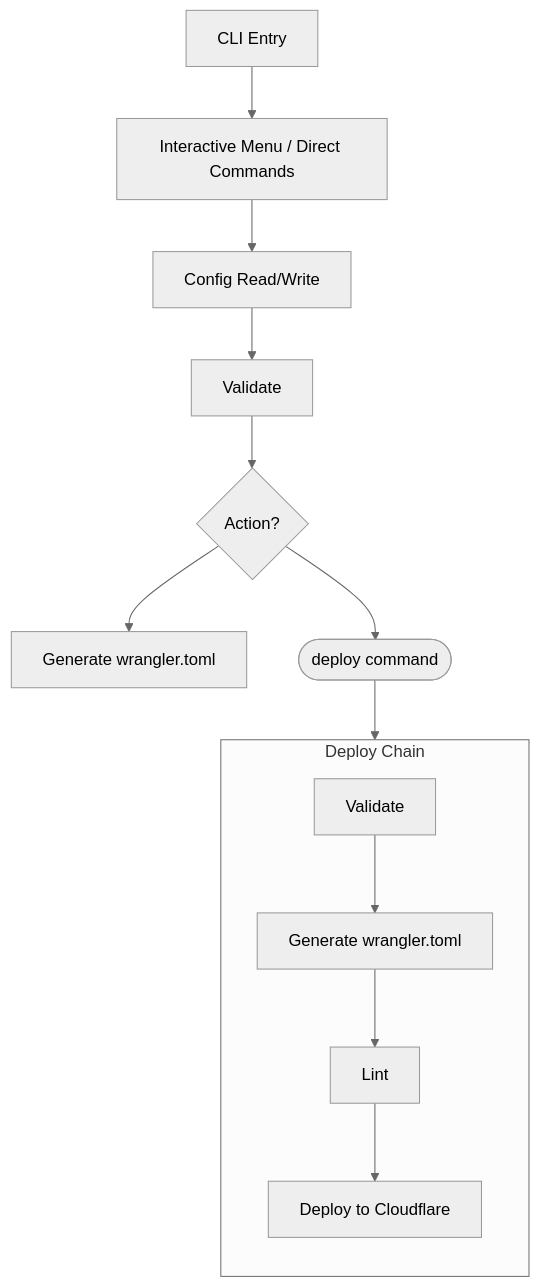
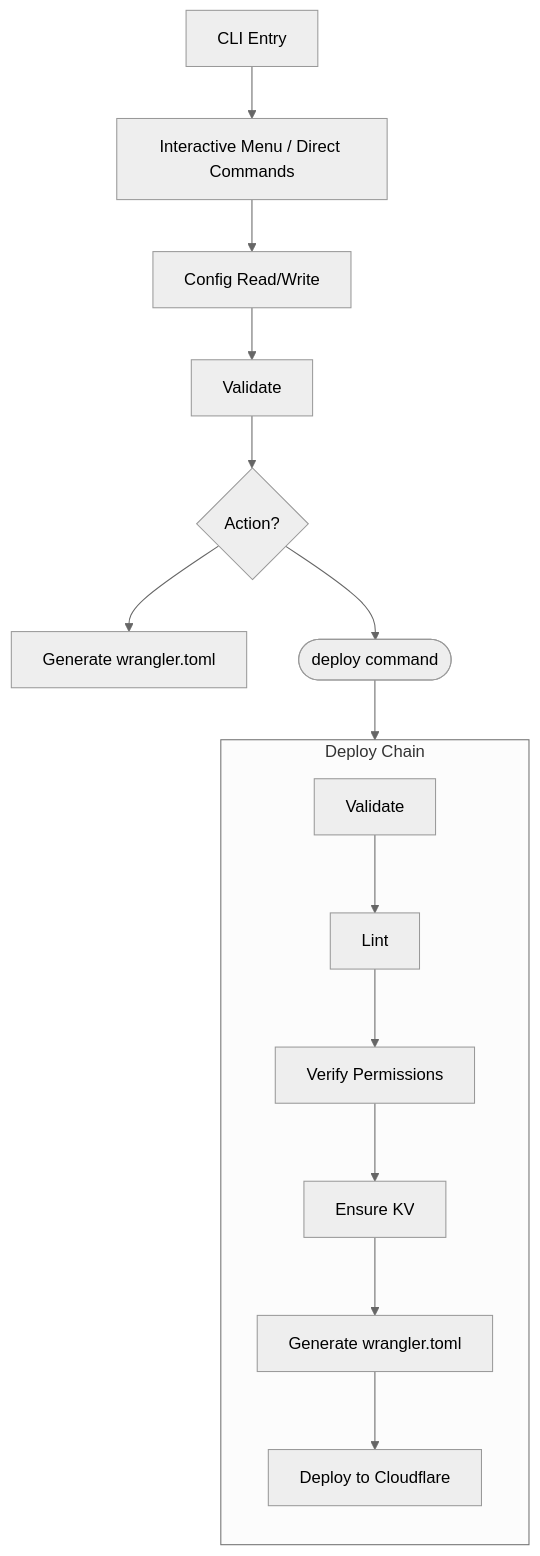
The third of 3 diagrams in apps/docs/docs/reference/architecture.mdx (cbnventures/ntfy-reverse-proxy), drawn with Mermaid (neutral theme) before and after one commit. The commit also changed other lines of this file and 209 other files, not shown here.

Commit message:
Nova 0.24.0 upgrade, error_events context setting, deploy lint and Seerr/Statuspage null-field fixes, Cloudflare dependency updates, and dev server cache cleanup

````diff
--- a/apps/docs/docs/reference/architecture.mdx
+++ b/apps/docs/docs/reference/architecture.mdx
@@ -143,19 +147,21 @@
 ```mermaid
 graph TD
     CLI[CLI Entry] --> Menu[Interactive Menu / Direct Commands]
     Menu --> ConfigIO[Config Read/Write]
     ConfigIO --> Validate
 
     Validate --> Action{Action?}
     Action --> Generate[Generate wrangler.toml]
     Action --> DeployCmd(["deploy command"]):::muted
 
     subgraph Deploy [Deploy Chain]
         direction TB
-        DValidate[Validate] --> DGenerate[Generate wrangler.toml]
-        DGenerate --> DLint[Lint]
-        DLint --> DDeploy[Deploy to Cloudflare]
+        DValidate[Validate] --> DLint[Lint]
+        DLint --> DVerify[Verify Permissions]
+        DVerify --> DKV[Ensure KV]
+        DKV --> DGenerate[Generate wrangler.toml]
+        DGenerate --> DDeploy[Deploy to Cloudflare]
     end
 
     DeployCmd --> Deploy
 ```
````
